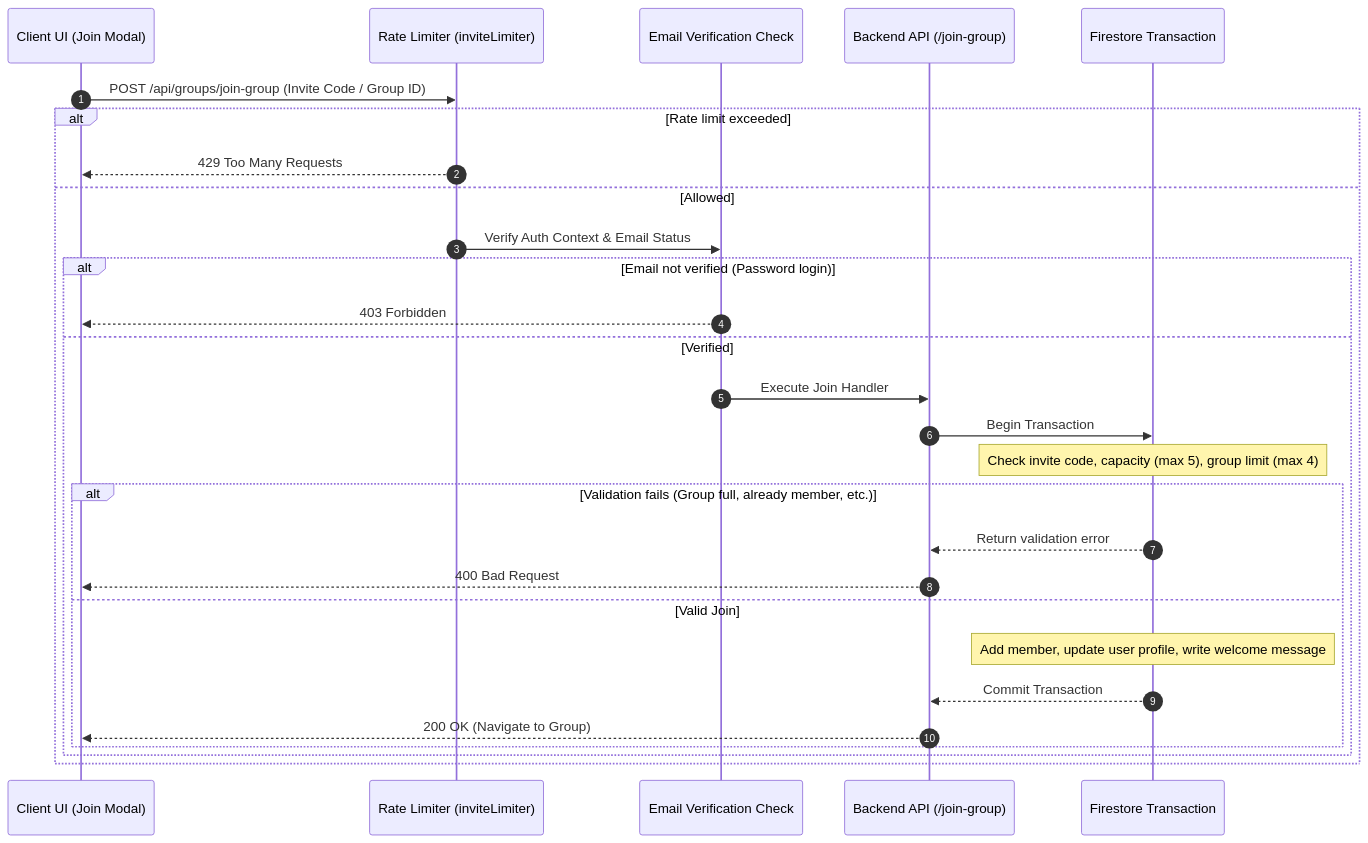
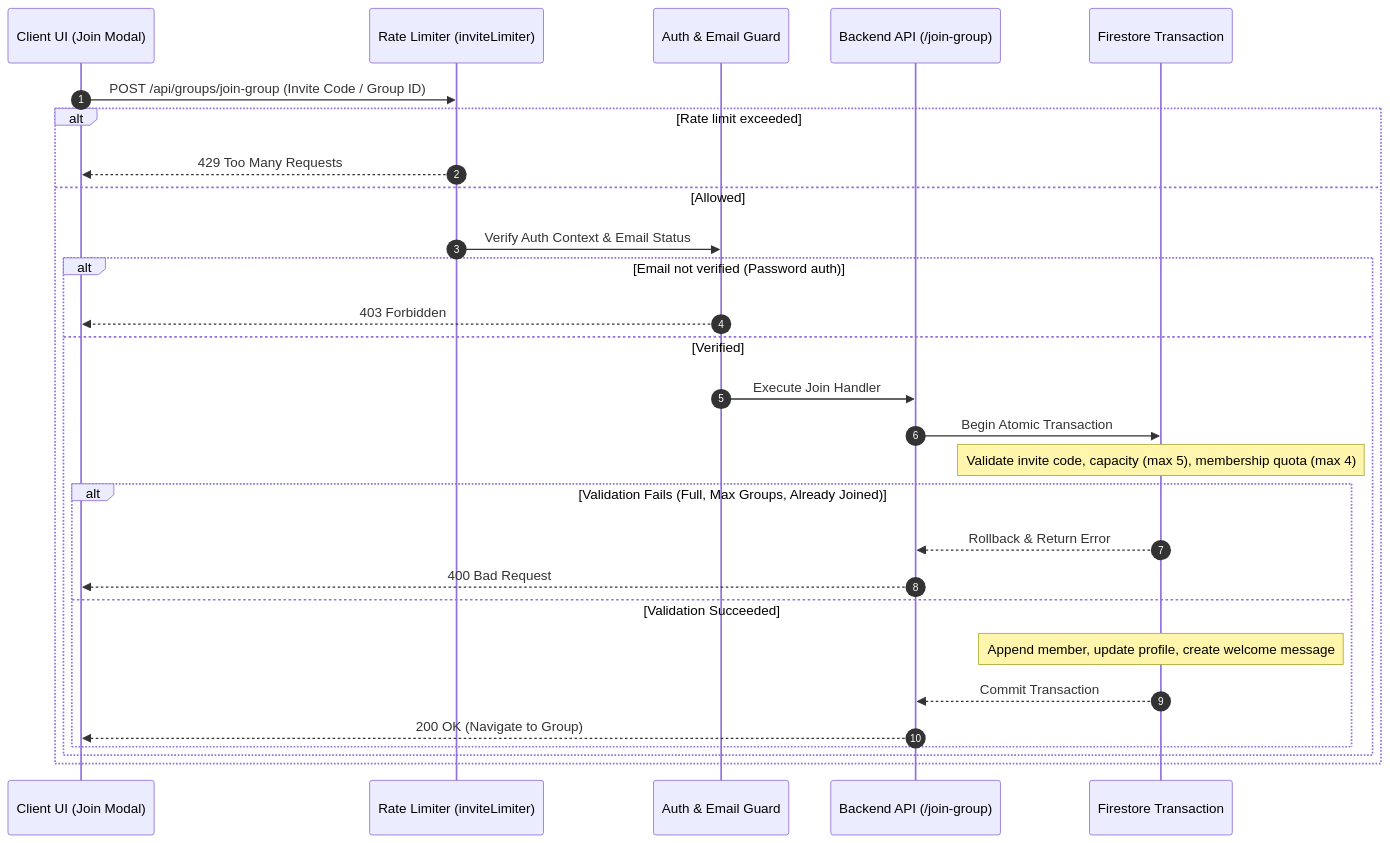
The diagram in docs/group-invites.md (ScriptureHabit/scripture-habit), drawn with Mermaid before and after one commit. The commit also changed other lines of this file and 57 other files, not shown here.

Commit message:
docs: refine documentation prose and add structured diagram breakdowns across JA and EN

````diff
--- a/docs/group-invites.md
+++ b/docs/group-invites.md
@@ -11,31 +11,31 @@
 ```mermaid
 sequenceDiagram
     autonumber
     participant UI as Client UI (Join Modal)
     participant Rate as Rate Limiter (inviteLimiter)
-    participant Auth as Email Verification Check
+    participant Auth as Auth & Email Guard
     participant API as Backend API (/join-group)
     participant DB as Firestore Transaction
 
     UI->>Rate: POST /api/groups/join-group (Invite Code / Group ID)
     alt Rate limit exceeded
         Rate-->>UI: 429 Too Many Requests
     else Allowed
         Rate->>Auth: Verify Auth Context & Email Status
-        alt Email not verified (Password login)
+        alt Email not verified (Password auth)
             Auth-->>UI: 403 Forbidden
         else Verified
             Auth->>API: Execute Join Handler
-            API->>DB: Begin Transaction
-            Note over DB: Check invite code, capacity (max 5), group limit (max 4)
-            alt Validation fails (Group full, already member, etc.)
-                DB-->>API: Return validation error
+            API->>DB: Begin Atomic Transaction
+            Note over DB: Validate invite code, capacity (max 5), membership quota (max 4)
+            alt Validation Fails (Full, Max Groups, Already Joined)
+                DB-->>API: Rollback & Return Error
                 API-->>UI: 400 Bad Request
-            else Valid Join
-                Note over DB: Add member, update user profile, write welcome message
+            else Validation Succeeded
+                Note over DB: Append member, update profile, create welcome message
                 DB-->>API: Commit Transaction
                 API-->>UI: 200 OK (Navigate to Group)
             end
         end
     end
 ```
````
